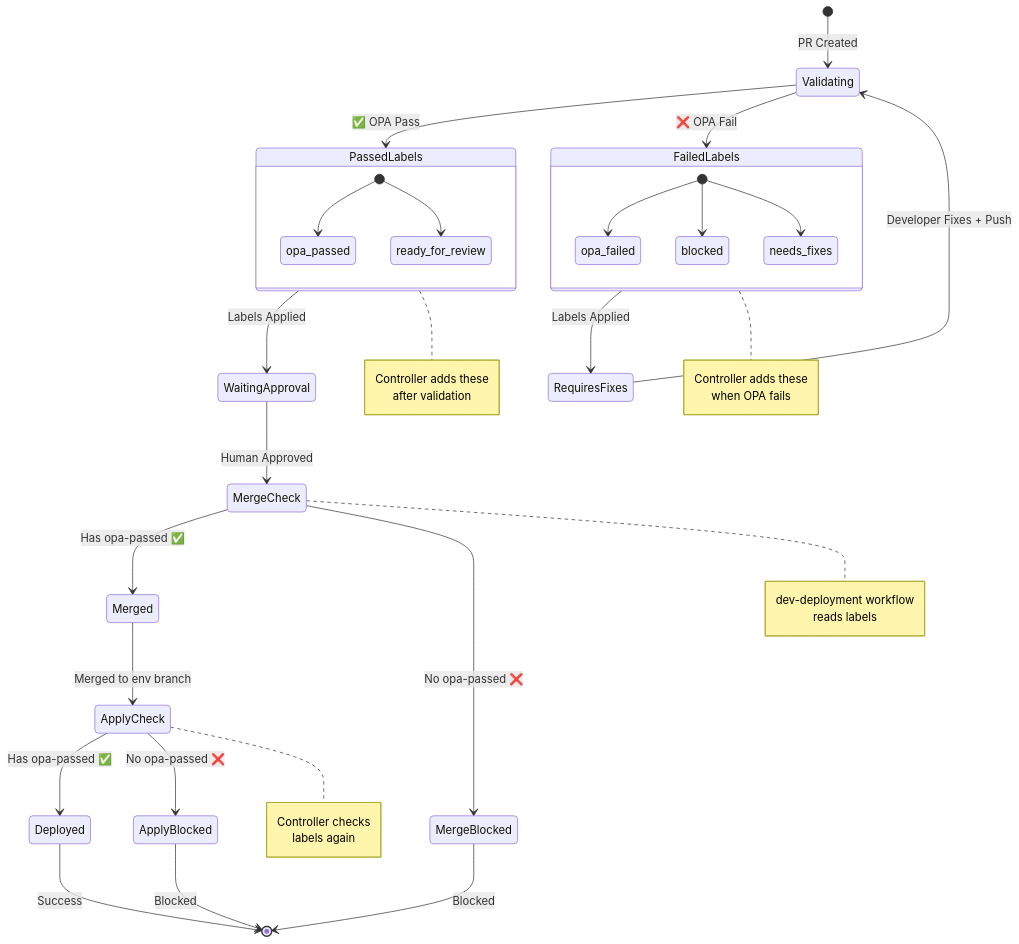
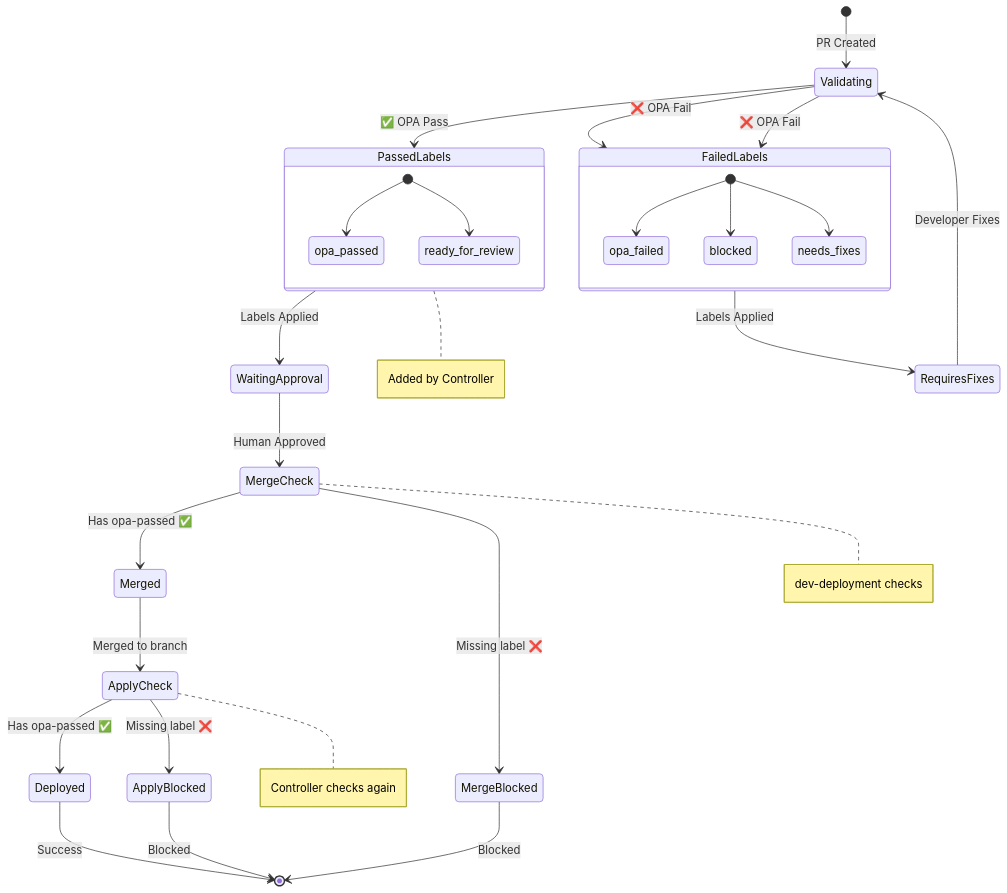
The second of 7 diagrams in EXECUTIVE-WORKFLOW-OVERVIEW.md (Terraform-centilazed-pipline/centerlized-pipline-), drawn with Mermaid before and after one commit. The commit also changed other lines of this file, not shown here.

Commit message:
docs: consolidate and improve EXECUTIVE-WORKFLOW-OVERVIEW.md for Version 2.0

````diff
--- a/EXECUTIVE-WORKFLOW-OVERVIEW.md
+++ b/EXECUTIVE-WORKFLOW-OVERVIEW.md
@@ -182,41 +191,41 @@
 ```mermaid
 stateDiagram-v2
     [*] --> Validating: PR Created
     
     Validating --> PassedLabels: ✅ OPA Pass
+    Validating --> FailedLabels: ❌ OPA Fail
     Validating --> FailedLabels: ❌ OPA Fail
     
     state PassedLabels {
         [*] --> opa_passed
         [*] --> ready_for_review
     }
     
     state FailedLabels {
         [*] --> opa_failed
         [*] --> blocked
         [*] --> needs_fixes
     }
     
     PassedLabels --> WaitingApproval: Labels Applied
     FailedLabels --> RequiresFixes: Labels Applied
     
     WaitingApproval --> MergeCheck: Human Approved
-    RequiresFixes --> Validating: Developer Fixes + Push
+    RequiresFixes --> Validating: Developer Fixes
     
     MergeCheck --> Merged: Has opa-passed ✅
-    MergeCheck --> MergeBlocked: No opa-passed ❌
+    MergeCheck --> MergeBlocked: Missing label ❌
     
-    Merged --> ApplyCheck: Merged to env branch
+    Merged --> ApplyCheck: Merged to branch
     
     ApplyCheck --> Deployed: Has opa-passed ✅
-    ApplyCheck --> ApplyBlocked: No opa-passed ❌
+    ApplyCheck --> ApplyBlocked: Missing label ❌
     
     Deployed --> [*]: Success
     MergeBlocked --> [*]: Blocked
     ApplyBlocked --> [*]: Blocked
     
-    note right of PassedLabels: Controller adds these<br/>after validation
-    note right of FailedLabels: Controller adds these<br/>when OPA fails
-    note right of MergeCheck: dev-deployment workflow<br/>reads labels
-    note right of ApplyCheck: Controller checks<br/>labels again
+    note right of PassedLabels: Added by Controller
+    note right of MergeCheck: dev-deployment checks
+    note right of ApplyCheck: Controller checks again
 ```
````
